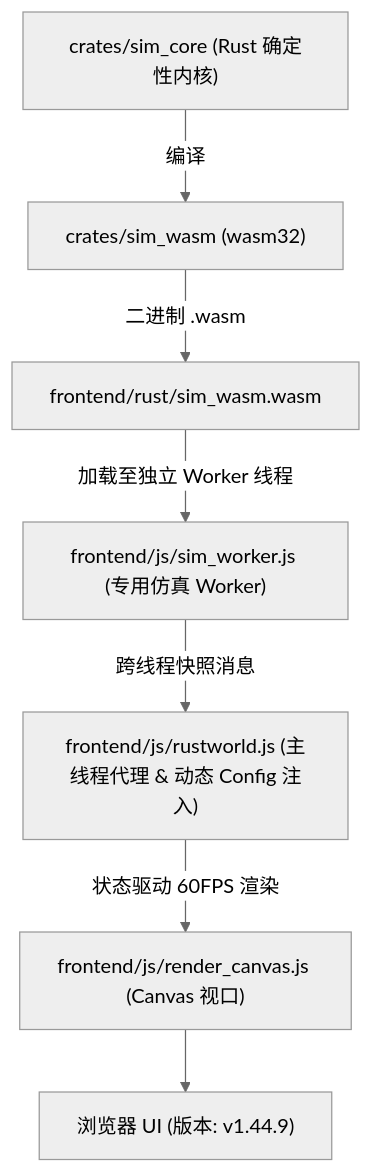
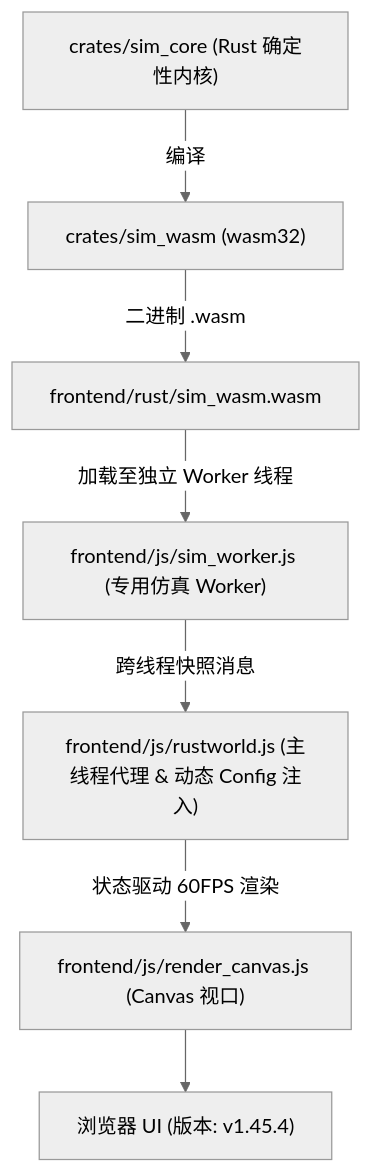
One commit to g39088902/FlowAndAccord changed the diagram in AGENTS.md. Above: the diagram before and after it, drawn with Mermaid (neutral theme). The commit also changed other lines of this file and 49 other files, not shown here.

````diff
--- a/AGENTS.md
+++ b/AGENTS.md
@@ -54,9 +59,9 @@
 ```mermaid
 graph TD
     A["crates/sim_core (Rust 确定性内核)"] -->|编译| B["crates/sim_wasm (wasm32)"]
     B -->|二进制 .wasm| C["frontend/rust/sim_wasm.wasm"]
     C -->|加载至独立 Worker 线程| D["frontend/js/sim_worker.js (专用仿真 Worker)"]
     D -->|跨线程快照消息| E["frontend/js/rustworld.js (主线程代理 & 动态 Config 注入)"]
     E -->|状态驱动 60FPS 渲染| F["frontend/js/render_canvas.js (Canvas 视口)"]
-    F --> G["浏览器 UI (版本: v1.44.9)"]
+    F --> G["浏览器 UI (版本: v1.45.4)"]
 ```
````
